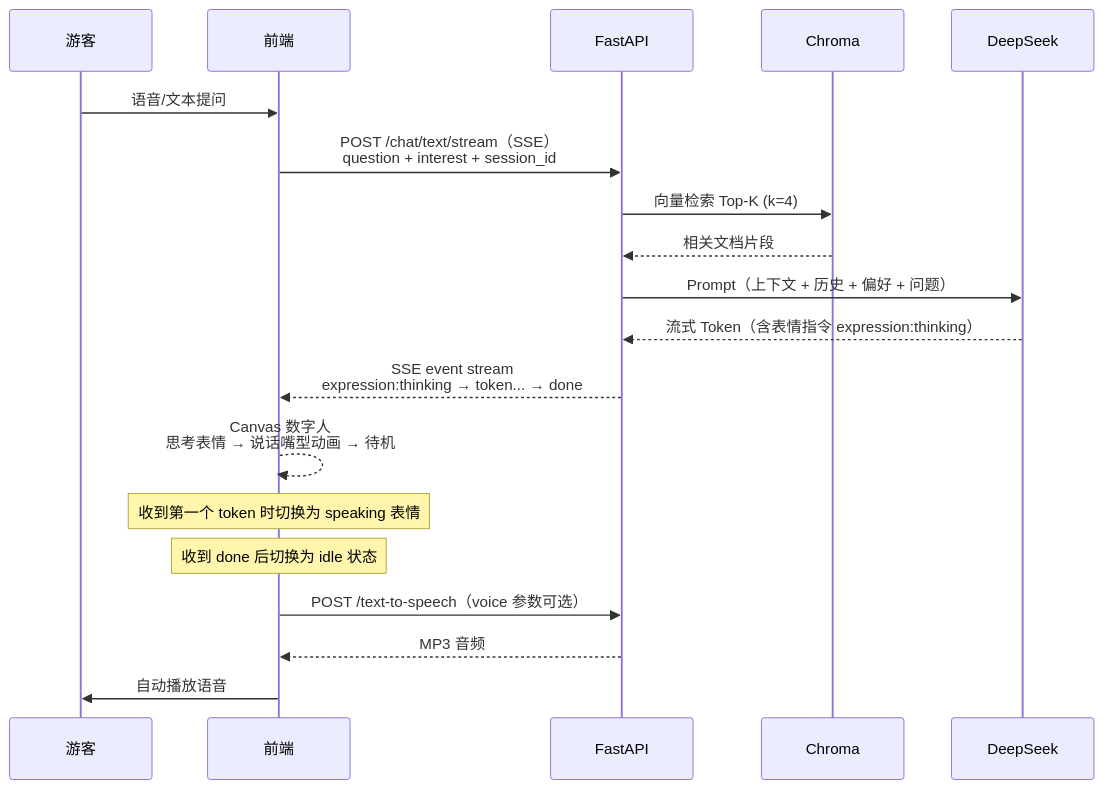
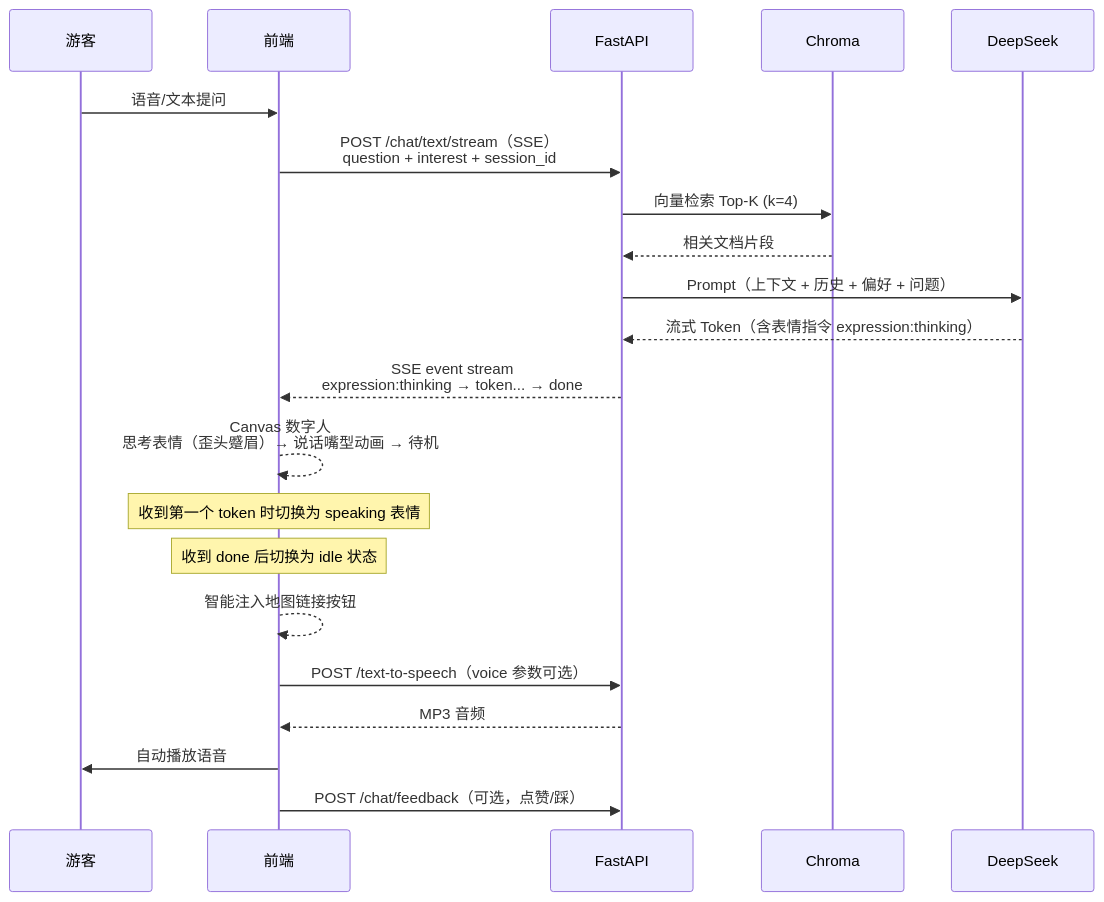
One commit to YQSY-HX/AI_Tour_Agent changed the second of 2 diagrams in docs/产品设计文档.md. Above: the diagram before and after it, drawn with Mermaid. The commit also changed other lines of this file and 1 other file, not shown here.

````diff
--- a/docs/产品设计文档.md
+++ b/docs/产品设计文档.md
@@ -82,22 +94,24 @@
 ```mermaid
 sequenceDiagram
     participant U as 游客
     participant F as 前端
     participant B as FastAPI
     participant C as Chroma
     participant L as DeepSeek
 
     U->>F: 语音/文本提问
     F->>B: POST /chat/text/stream（SSE）<br/>question + interest + session_id
     B->>C: 向量检索 Top-K (k=4)
     C-->>B: 相关文档片段
     B->>L: Prompt（上下文 + 历史 + 偏好 + 问题）
     L-->>B: 流式 Token（含表情指令 expression:thinking）
     B-->>F: SSE event stream<br/>expression:thinking → token... → done
-    F-->>F: Canvas 数字人<br/>思考表情 → 说话嘴型动画 → 待机
+    F-->>F: Canvas 数字人<br/>思考表情（歪头蹙眉）→ 说话嘴型动画 → 待机
     Note over F: 收到第一个 token 时切换为 speaking 表情
     Note over F: 收到 done 后切换为 idle 状态
+    F-->>F: 智能注入地图链接按钮
     F->>B: POST /text-to-speech（voice 参数可选）
     B-->>F: MP3 音频
     F->>U: 自动播放语音
+    F->>B: POST /chat/feedback（可选，点赞/踩）
 ```
````
